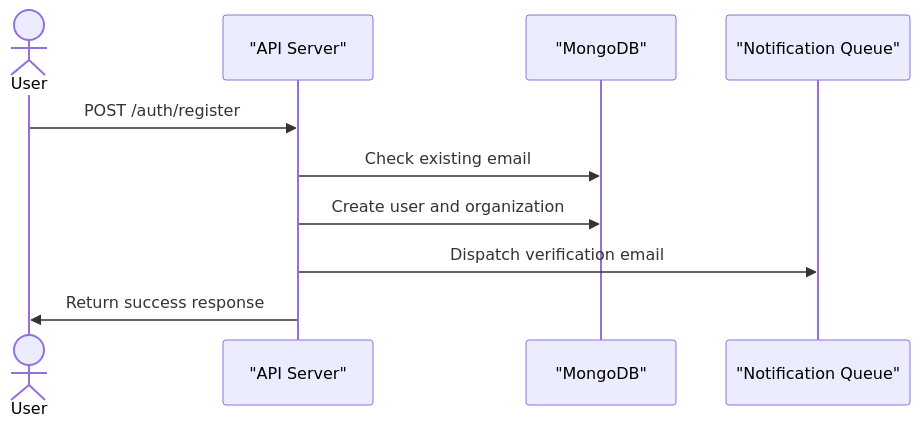
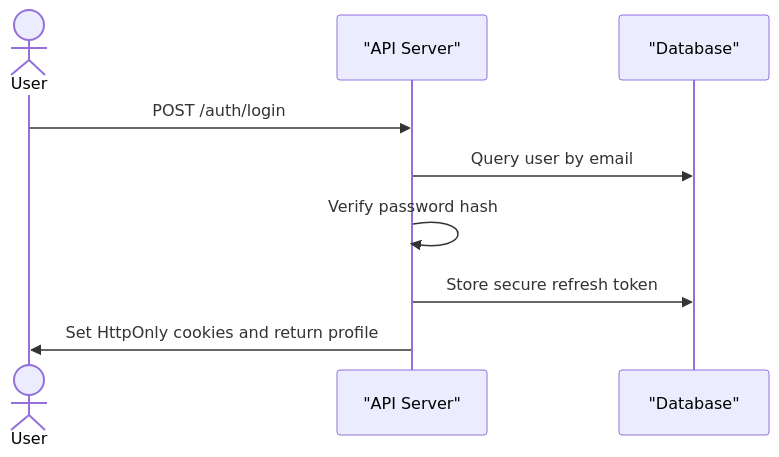
One commit to onosejoor/operatio changed the second of 3 diagrams in apps/server/README.md. Above: the diagram before and after it, drawn with Mermaid. The commit also changed other lines of this file and 2 other files, not shown here.

````diff
--- a/apps/server/README.md
+++ b/apps/server/README.md
@@ -84,13 +73,12 @@
 ```mermaid
 sequenceDiagram
   actor User
   participant API as "API Server"
-  participant DB as "MongoDB"
-  participant Queue as "Notification Queue"
+  participant DB as "Database"
 
-  User->>API: POST /auth/register
-  API->>DB: Check existing email
-  API->>DB: Create user and organization
-  API->>Queue: Dispatch verification email
-  API->>User: Return success response
+  User->>API: POST /auth/login
+  API->>DB: Query user by email
+  API->>API: Verify password hash
+  API->>DB: Store secure refresh token
+  API->>User: Set HttpOnly cookies and return profile
 ```
````
